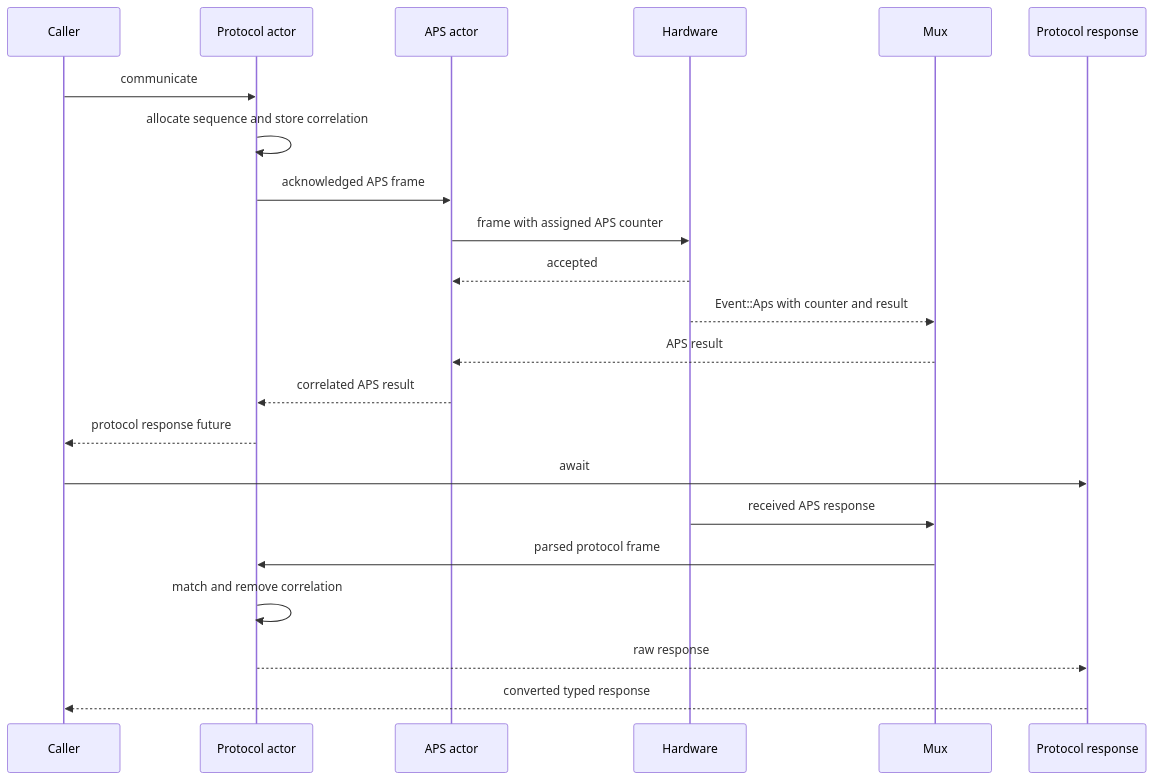
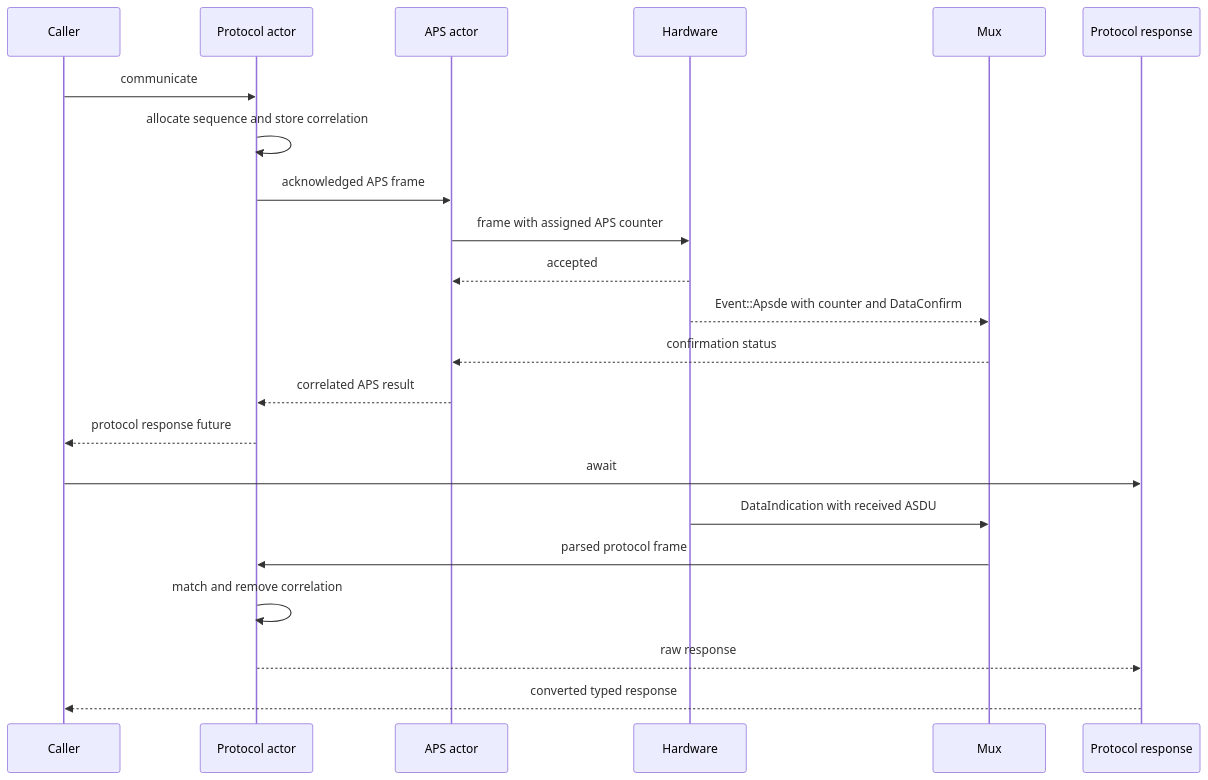
Before and after one commit to PaulmannLighting/apis-saltans: the third of 4 diagrams in coordinator/ARCHITECTURE.md, drawn with Mermaid. The commit also changed other lines of this file and 57 other files, not shown here.

Commit message:
Use APSDE layer for coordinator data exchange and HW API.

````diff
--- a/coordinator/ARCHITECTURE.md
+++ b/coordinator/ARCHITECTURE.md
@@ -203,25 +215,25 @@
 ```mermaid
 sequenceDiagram
     participant API as Caller
     participant P as Protocol actor
     participant A as APS actor
     participant H as Hardware
     participant M as Mux
     participant R as Protocol response
 
     API->>P: communicate
     P->>P: allocate sequence and store correlation
     P->>A: acknowledged APS frame
     A->>H: frame with assigned APS counter
     H-->>A: accepted
-    H-->>M: Event::Aps with counter and result
-    M-->>A: APS result
+    H-->>M: Event::Apsde with counter and DataConfirm
+    M-->>A: confirmation status
     A-->>P: correlated APS result
     P-->>API: protocol response future
     API->>R: await
-    H->>M: received APS response
+    H->>M: DataIndication with received ASDU
     M->>P: parsed protocol frame
     P->>P: match and remove correlation
     P-->>R: raw response
     R-->>API: converted typed response
 ```
````
